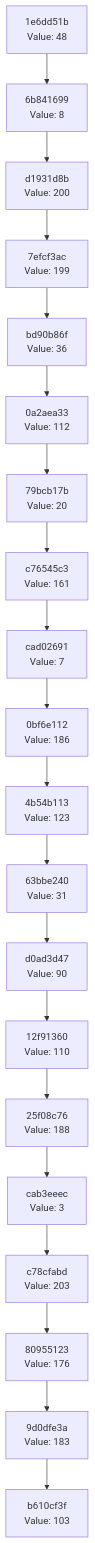
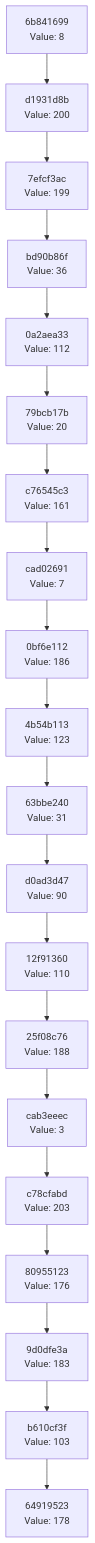
The diagram in docs/CHAIN_VISUALIZATION.md (Abhisheksinha1506/hash-chain-evolver), drawn with Mermaid before and after one commit. The commit also changed 3 other files, not shown here.

````diff
--- a/docs/CHAIN_VISUALIZATION.md
+++ b/docs/CHAIN_VISUALIZATION.md
@@ -3,42 +3,42 @@
 ```mermaid
 graph TD
-    C0["b610cf3f<br/>Value: 103"]
-    C1["9d0dfe3a<br/>Value: 183"]
+    C0["64919523<br/>Value: 178"]
+    C1["b610cf3f<br/>Value: 103"]
     C1 --> C0
-    C2["80955123<br/>Value: 176"]
+    C2["9d0dfe3a<br/>Value: 183"]
     C2 --> C1
-    C3["c78cfabd<br/>Value: 203"]
+    C3["80955123<br/>Value: 176"]
     C3 --> C2
-    C4["cab3eeec<br/>Value: 3"]
+    C4["c78cfabd<br/>Value: 203"]
     C4 --> C3
-    C5["25f08c76<br/>Value: 188"]
+    C5["cab3eeec<br/>Value: 3"]
     C5 --> C4
-    C6["12f91360<br/>Value: 110"]
+    C6["25f08c76<br/>Value: 188"]
     C6 --> C5
-    C7["d0ad3d47<br/>Value: 90"]
+    C7["12f91360<br/>Value: 110"]
     C7 --> C6
-    C8["63bbe240<br/>Value: 31"]
+    C8["d0ad3d47<br/>Value: 90"]
     C8 --> C7
-    C9["4b54b113<br/>Value: 123"]
+    C9["63bbe240<br/>Value: 31"]
     C9 --> C8
-    C10["0bf6e112<br/>Value: 186"]
+    C10["4b54b113<br/>Value: 123"]
     C10 --> C9
-    C11["cad02691<br/>Value: 7"]
+    C11["0bf6e112<br/>Value: 186"]
     C11 --> C10
-    C12["c76545c3<br/>Value: 161"]
+    C12["cad02691<br/>Value: 7"]
     C12 --> C11
-    C13["79bcb17b<br/>Value: 20"]
+    C13["c76545c3<br/>Value: 161"]
     C13 --> C12
-    C14["0a2aea33<br/>Value: 112"]
+    C14["79bcb17b<br/>Value: 20"]
     C14 --> C13
-    C15["bd90b86f<br/>Value: 36"]
+    C15["0a2aea33<br/>Value: 112"]
     C15 --> C14
-    C16["7efcf3ac<br/>Value: 199"]
+    C16["bd90b86f<br/>Value: 36"]
     C16 --> C15
-    C17["d1931d8b<br/>Value: 200"]
+    C17["7efcf3ac<br/>Value: 199"]
     C17 --> C16
-    C18["6b841699<br/>Value: 8"]
+    C18["d1931d8b<br/>Value: 200"]
     C18 --> C17
-    C19["1e6dd51b<br/>Value: 48"]
+    C19["6b841699<br/>Value: 8"]
     C19 --> C18
 ```
````
